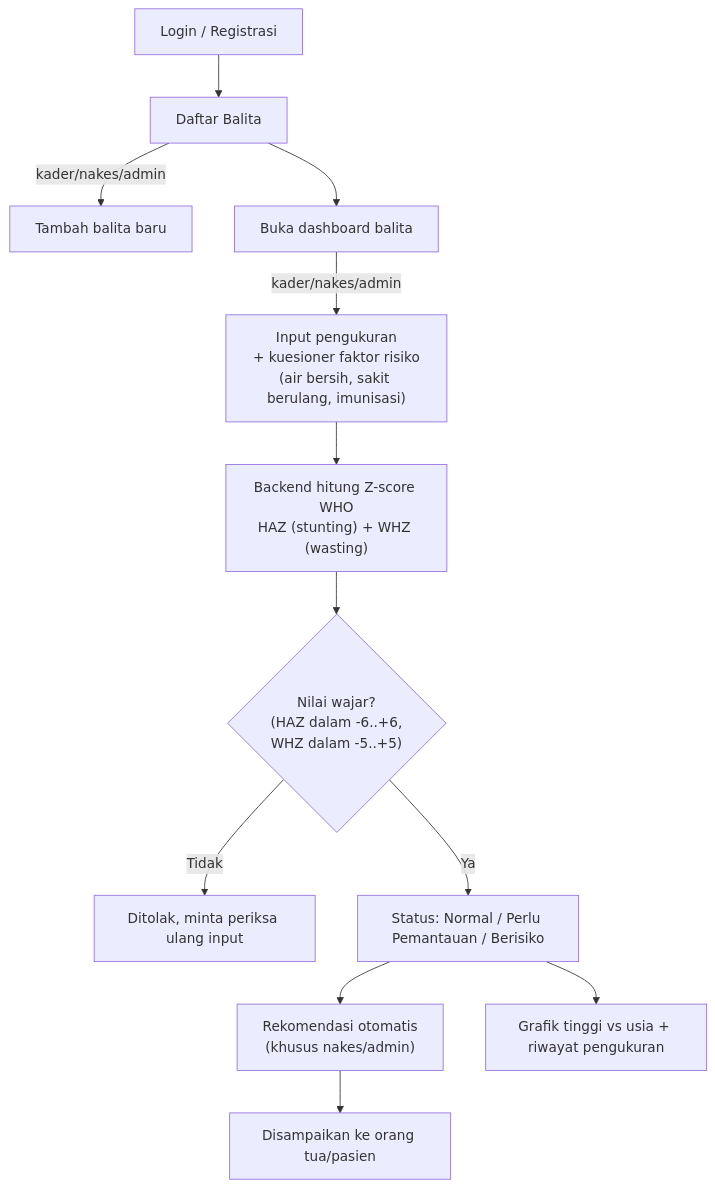
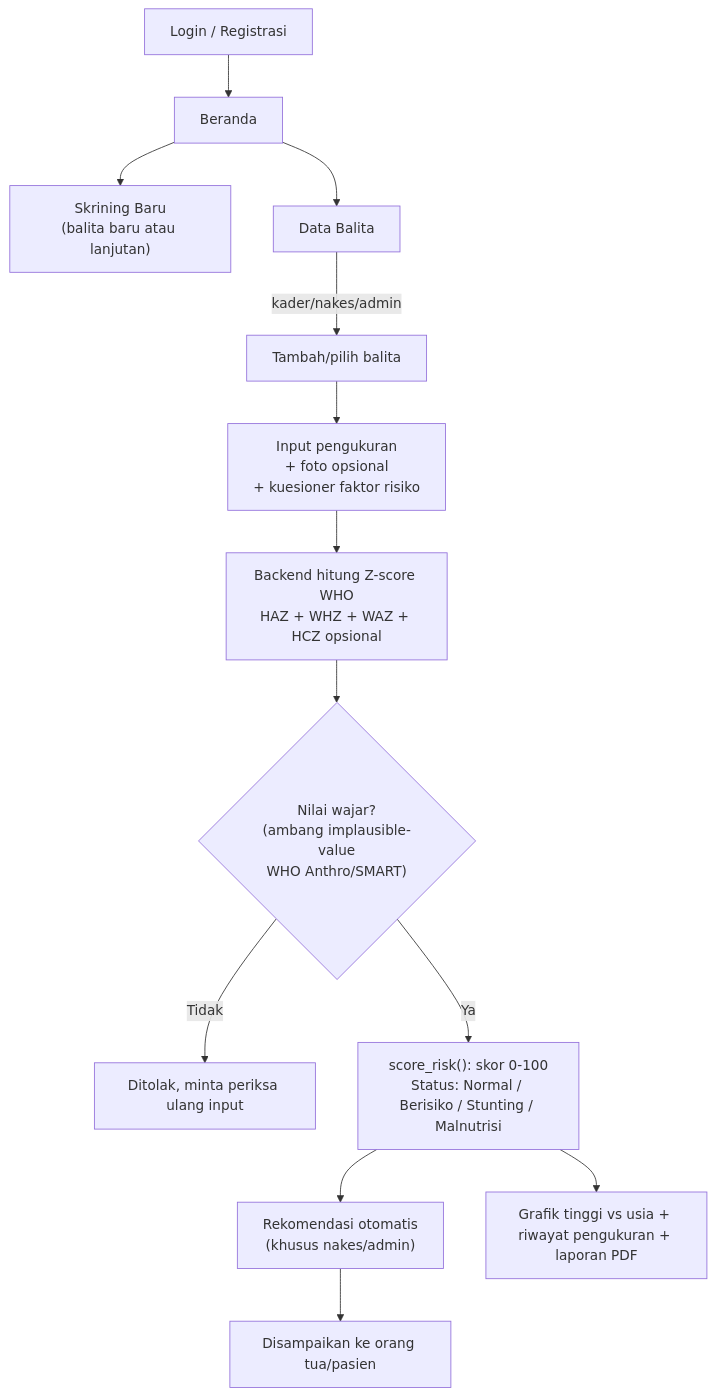
One commit to alfinalkhoiri/smartgrowth changed the diagram in README.md. Above: the diagram before and after it, drawn with Mermaid. The commit also changed other lines of this file and 1 other file, not shown here.

````diff
--- a/README.md
+++ b/README.md
@@ -24,14 +35,15 @@
 ```mermaid
 flowchart TD
-    A[Login / Registrasi] --> B[Daftar Balita]
-    B -->|kader/nakes/admin| C[Tambah balita baru]
-    B --> D[Buka dashboard balita]
-    D -->|kader/nakes/admin| E["Input pengukuran<br/>+ kuesioner faktor risiko<br/>(air bersih, sakit berulang, imunisasi)"]
-    E --> F["Backend hitung Z-score WHO<br/>HAZ (stunting) + WHZ (wasting)"]
-    F --> G{"Nilai wajar?<br/>(HAZ dalam -6..+6,<br/>WHZ dalam -5..+5)"}
-    G -->|Tidak| H[Ditolak, minta periksa ulang input]
-    G -->|Ya| I["Status: Normal / Perlu Pemantauan / Berisiko"]
-    I --> J["Rekomendasi otomatis<br/>(khusus nakes/admin)"]
-    J --> K[Disampaikan ke orang tua/pasien]
-    I --> L[Grafik tinggi vs usia + riwayat pengukuran]
+    A[Login / Registrasi] --> B[Beranda]
+    B --> C["Skrining Baru<br/>(balita baru atau lanjutan)"]
+    B --> D[Data Balita]
+    D -->|kader/nakes/admin| E[Tambah/pilih balita]
+    E --> F["Input pengukuran<br/>+ foto opsional<br/>+ kuesioner faktor risiko"]
+    F --> G["Backend hitung Z-score WHO<br/>HAZ + WHZ + WAZ + HCZ opsional"]
+    G --> H{"Nilai wajar?<br/>(ambang implausible-value<br/>WHO Anthro/SMART)"}
+    H -->|Tidak| I[Ditolak, minta periksa ulang input]
+    H -->|Ya| J["score_risk(): skor 0-100<br/>Status: Normal / Berisiko / Stunting / Malnutrisi"]
+    J --> K["Rekomendasi otomatis<br/>(khusus nakes/admin)"]
+    K --> L[Disampaikan ke orang tua/pasien]
+    J --> M[Grafik tinggi vs usia + riwayat pengukuran + laporan PDF]
 ```
````
